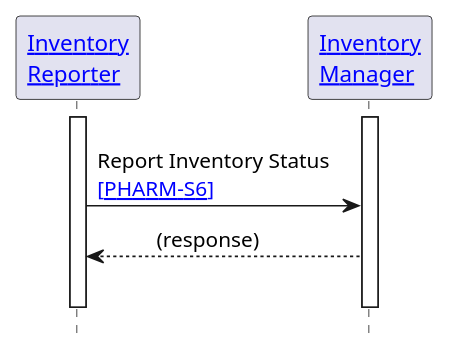
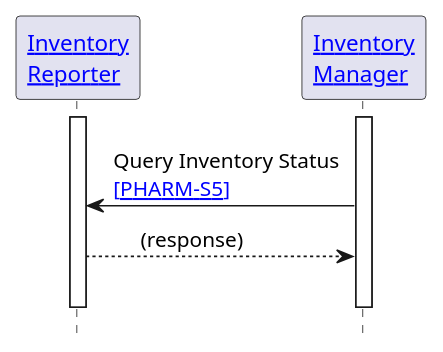
Before and after one commit to IHE/pharm-supply: the diagram in input/images-source/pharm-s6.plantuml, drawn with PlantUML.

Commit message:
update script and fix s6 diagram

```diff
--- a/input/images-source/pharm-s6.plantuml
+++ b/input/images-source/pharm-s6.plantuml
@@ -1,22 +1,22 @@
 @startuml
 
 hide footbox
 
 '!include ./style.iuml
 
 
-participant "[[actors_and_transactions.html#inventory-reporter Inventory\nReporter]]" as IR
-participant "[[actors_and_transactions.html#inventory-manager Inventory\nManager]]" as IM
+Participant "[[actors_and_transactions.html#inventory-reporter Inventory\nReporter]]" as IR
+Participant "[[actors_and_transactions.html#inventory-manager Inventory\nManager]]" as IM
 
 activate IR
 activate IM
 
 IR -[hidden]> IM
-IR -> IM: Report Inventory Status \n[[PHARM-S6.html {Inventory Status report} ~[PHARM-S6~]]]
-IR <-- IM: \t(response)\t
+IR <- IM: Query Inventory Status \n[[PHARM-S5.html {Inventory Query} ~[PHARM-S5~]]]
+IR --> IM: \t(response)\t
 IR -[hidden]> IM :"  "
 
 deactivate IR
 deactivate IM
 
 @enduml
```
